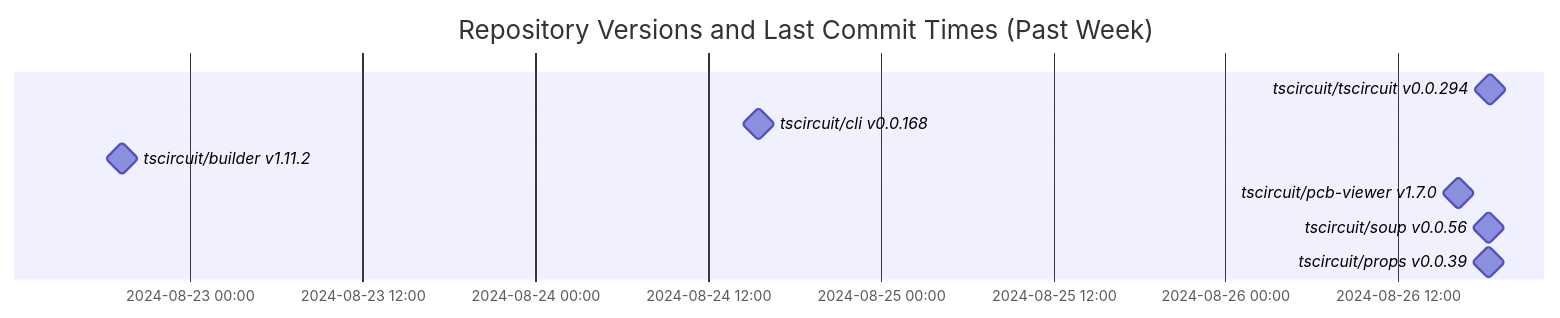
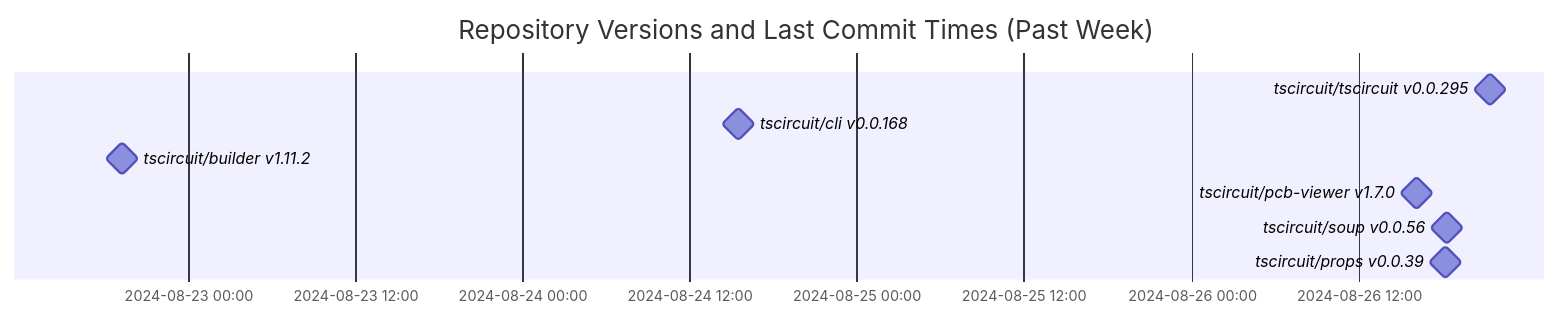
Before and after one commit to tscircuit/version-tracker: the diagram in README.md, drawn with Mermaid.

Commit message:
Update chart

````diff
--- a/README.md
+++ b/README.md
@@ -1,13 +1,13 @@
 ```mermaid
 gantt
   dateFormat  YYYY-MM-DD HH:mm:ss
   title Repository Versions and Last Commit Times (Past Week)
   axisFormat %Y-%m-%d %H:%M
 
-  tscircuit/tscircuit v0.0.294 : milestone, 2024-08-26 18:22:23, 1s
+  tscircuit/tscircuit v0.0.295 : milestone, 2024-08-26 21:25:41, 1s
   tscircuit/cli v0.0.168 : milestone, 2024-08-24 15:32:19, 1s
   tscircuit/builder v1.11.2 : milestone, 2024-08-22 19:17:19, 1s
   tscircuit/pcb-viewer v1.7.0 : milestone, 2024-08-26 16:11:24, 1s
   tscircuit/soup v0.0.56 : milestone, 2024-08-26 18:17:15, 1s
   tscircuit/props v0.0.39 : milestone, 2024-08-26 18:16:02, 1s
 ```
````
